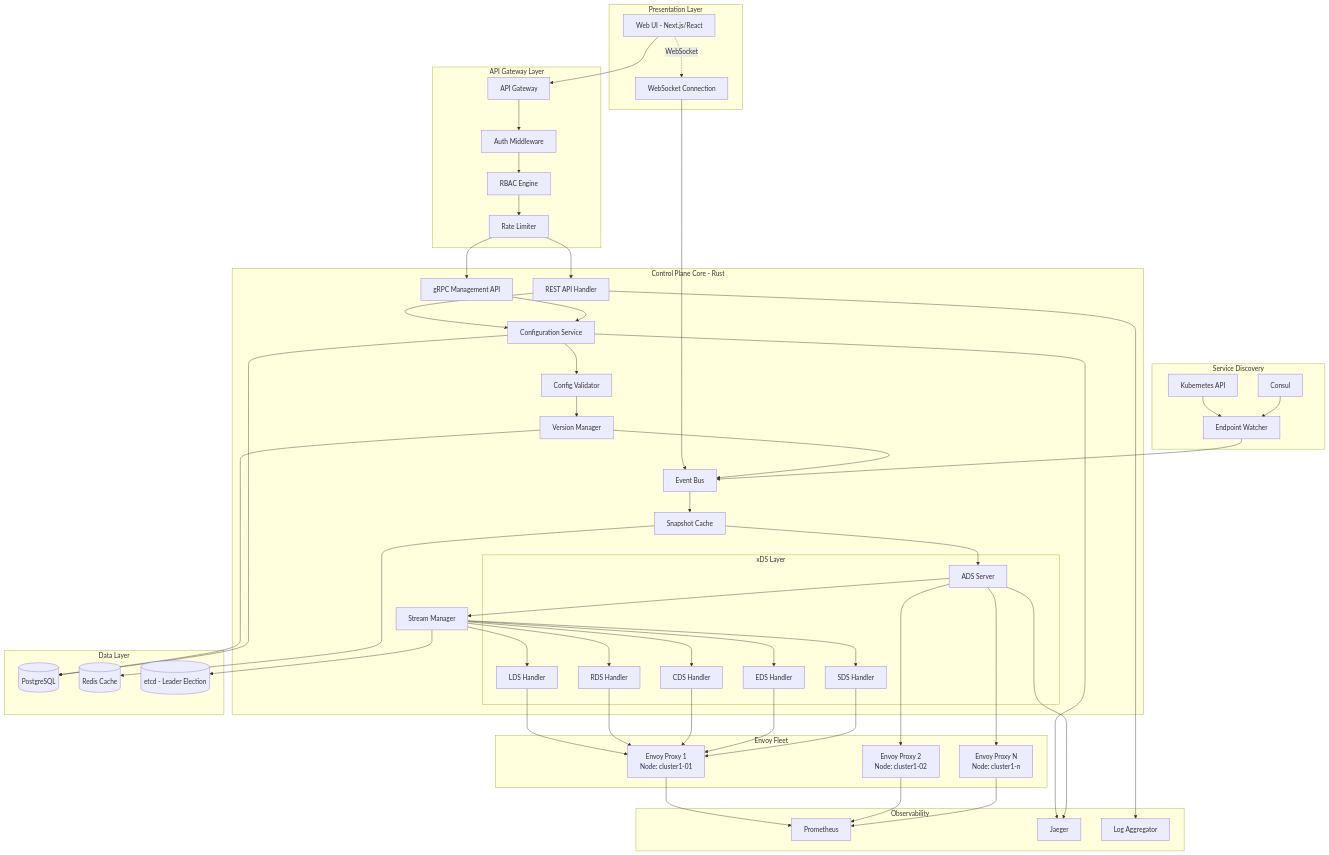
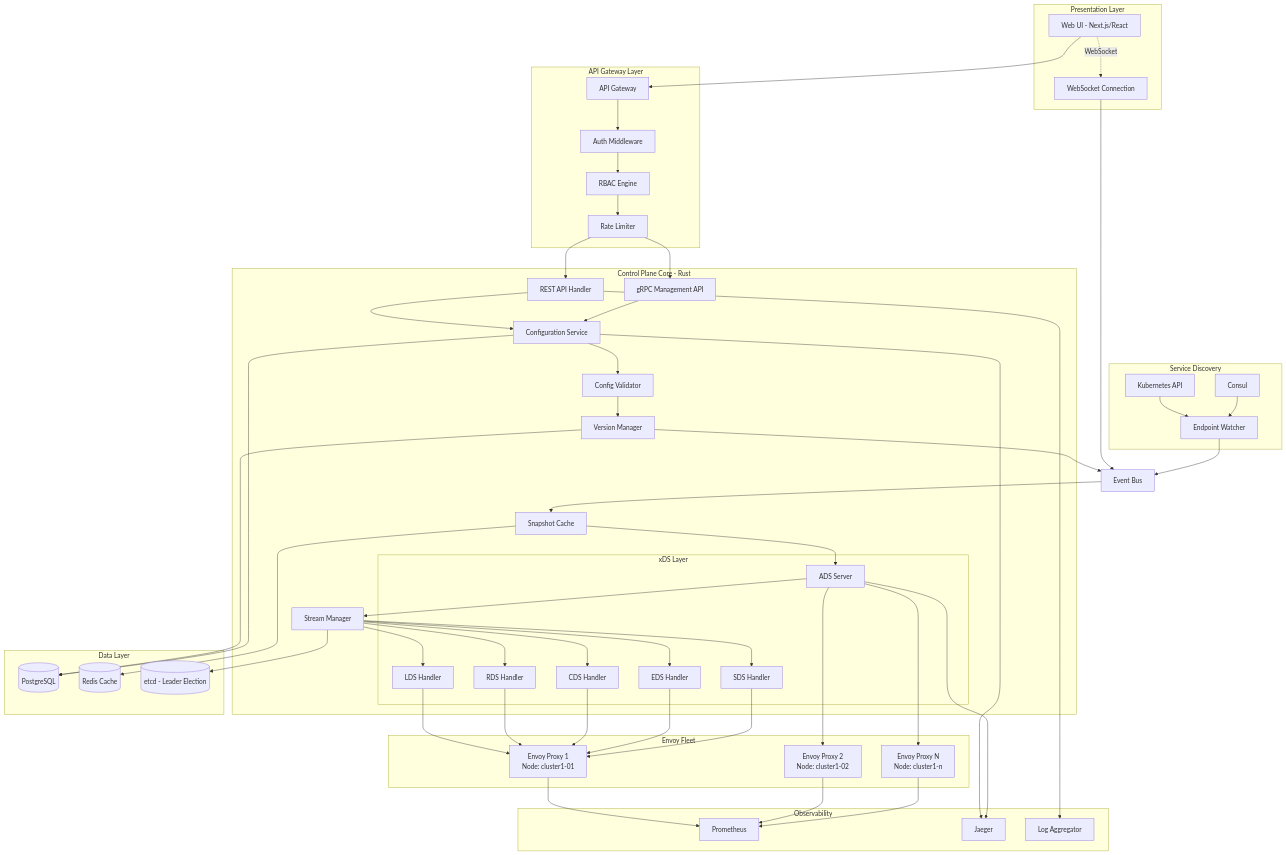
Before and after one commit to prabasiva/envoycontrolplane: the first of 16 diagrams in DESIGN.md, drawn with Mermaid. The commit also changed 2 other files, not shown here.

Commit message:
implementation plan

```diff
--- a/DESIGN.md
+++ b/DESIGN.md
@@ -70,7 +70,6 @@
         CONFIGSVC[Configuration Service]
         VALIDATOR[Config Validator]
         VERSIONMGR[Version Manager]
-        EVENTBUS[Event Bus]
 
         subgraph "xDS Layer"
             ADS[ADS Server]
@@ -84,6 +83,8 @@
         SNAPCACHE[Snapshot Cache]
         STREAMMGR[Stream Manager]
     end
+
+    EVENTBUS[Event Bus]
 
     subgraph "Data Layer"
         POSTGRES[(PostgreSQL)]
```
